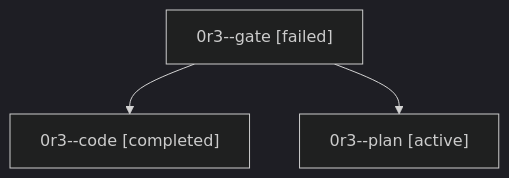
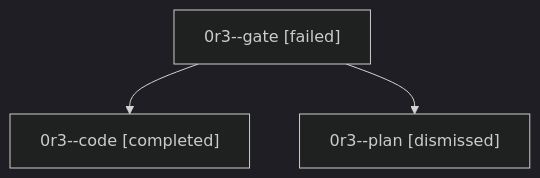
The diagram in sessions/bbugyi200.athena.0r3.md (sase-org/sase--agents), drawn with Mermaid (dark theme) before and after one commit. The commit also changed other lines of this file and 30 other files, not shown here.

````diff
--- a/sessions/bbugyi200.athena.0r3.md
+++ b/sessions/bbugyi200.athena.0r3.md
@@ -9,8 +9,8 @@
 ```mermaid
 flowchart TD
   n0["0r3--gate [failed]"]
   n1["0r3--code [completed]"]
   n0 --> n1
-  n2["0r3--plan [active]"]
+  n2["0r3--plan [dismissed]"]
   n0 --> n2
 ```
````
